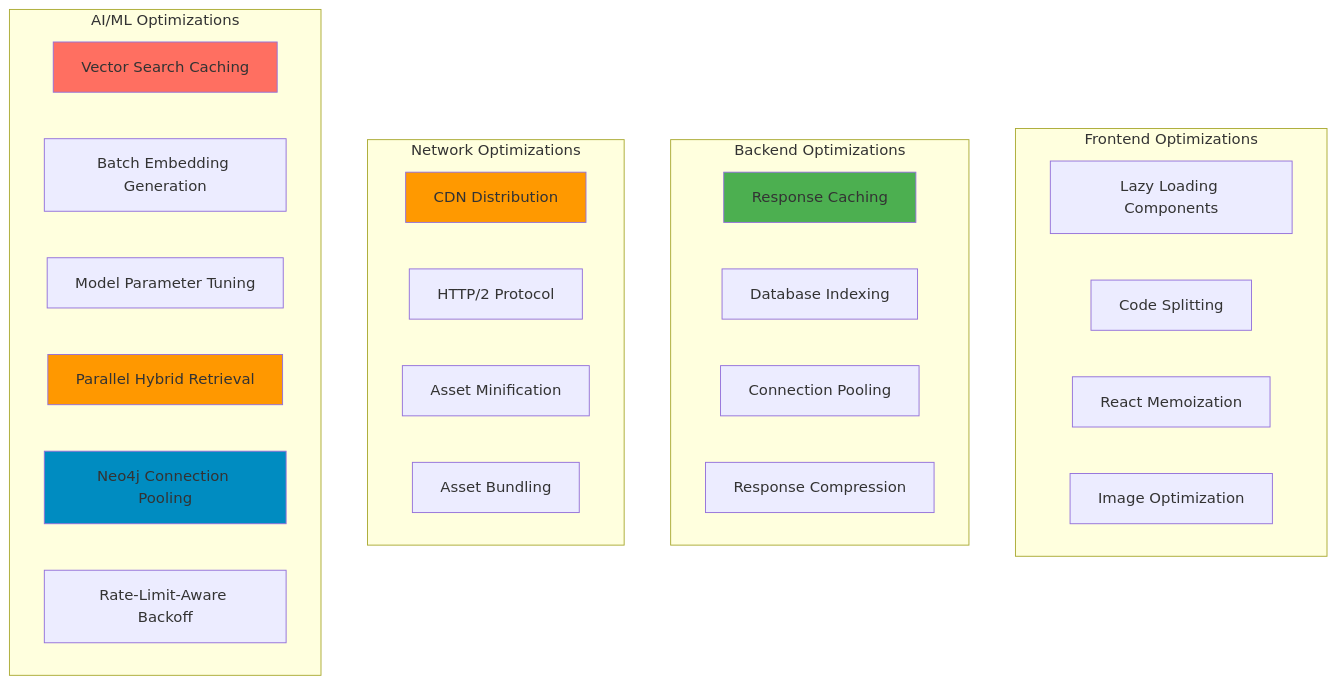
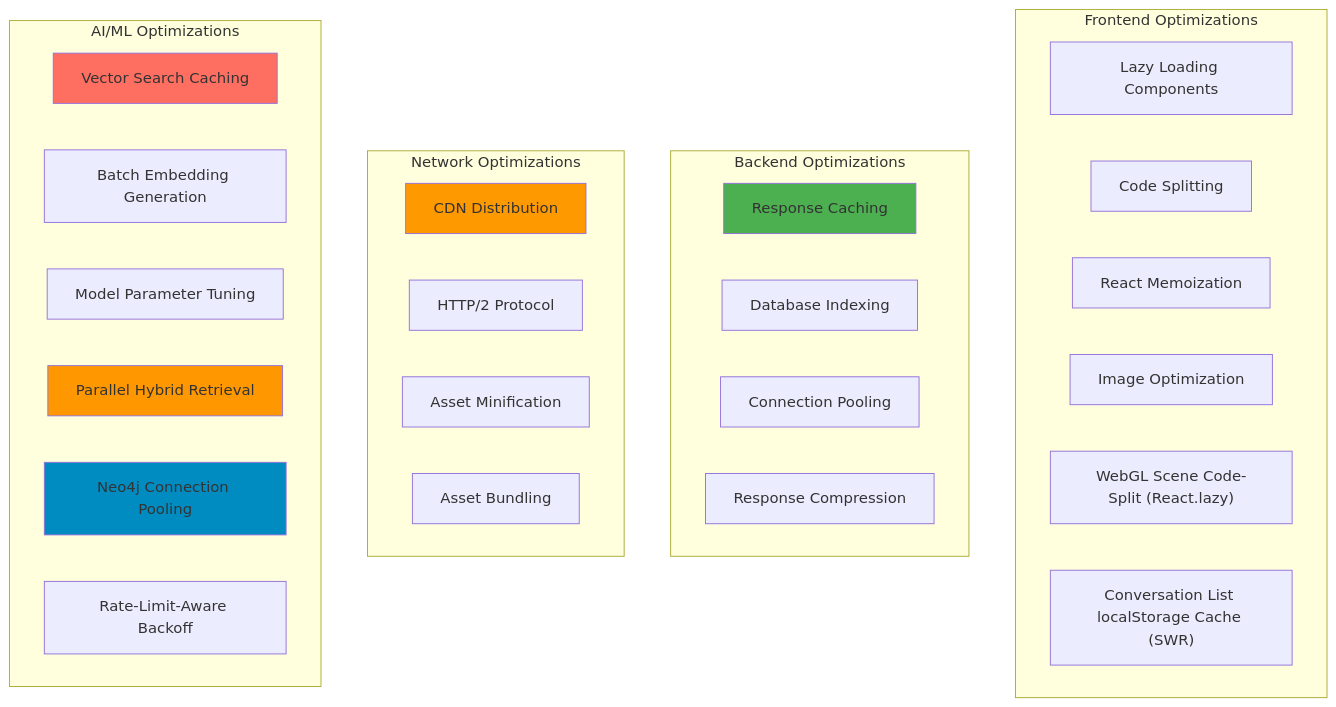
Diagram 42 of 47 in ARCHITECTURE.md (hoangsonww/AI-RAG-Assistant-Chatbot), drawn with Mermaid before and after one commit. The commit also changed other lines of this file and 43 other files, not shown here.

````diff
--- a/ARCHITECTURE.md
+++ b/ARCHITECTURE.md
@@ -1889,38 +2051,40 @@
 ```mermaid
 graph TD
     subgraph "Frontend Optimizations"
         LazyLoad[Lazy Loading Components]
         CodeSplit[Code Splitting]
         Memoization[React Memoization]
         ImageOpt[Image Optimization]
+        WebGLSplit["WebGL Scene Code-Split (React.lazy)"]
+        ConvCache["Conversation List localStorage Cache (SWR)"]
     end
 
     subgraph "Backend Optimizations"
         Caching[Response Caching]
         DBIndexing[Database Indexing]
         ConnectionPool[Connection Pooling]
         Compression[Response Compression]
     end
 
     subgraph "Network Optimizations"
         CDN[CDN Distribution]
         HTTP2[HTTP/2 Protocol]
         Minification[Asset Minification]
         Bundling[Asset Bundling]
     end
 
     subgraph "AI/ML Optimizations"
         VectorCache[Vector Search Caching]
         BatchEmbedding[Batch Embedding Generation]
         ModelOptimization[Model Parameter Tuning]
         ParallelRetrieval[Parallel Hybrid Retrieval]
         GraphPooling[Neo4j Connection Pooling]
         RateLimitBackoff[Rate-Limit-Aware Backoff]
     end
 
     style Caching fill:#4CAF50
     style CDN fill:#FF9900
     style VectorCache fill:#FF6F61
     style ParallelRetrieval fill:#FF9800
     style GraphPooling fill:#008CC1
 ```
````
